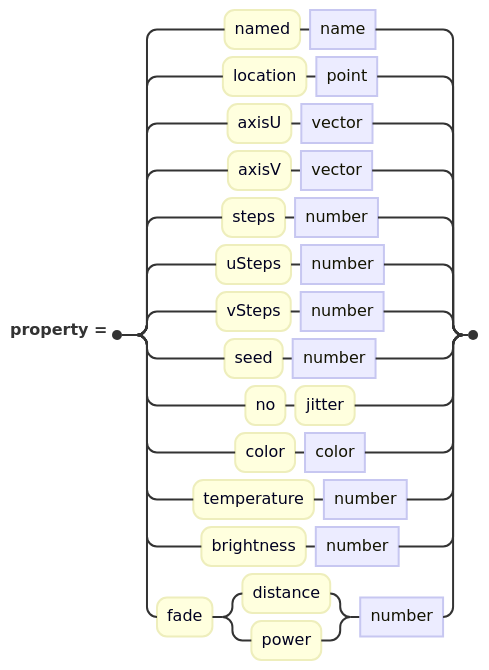
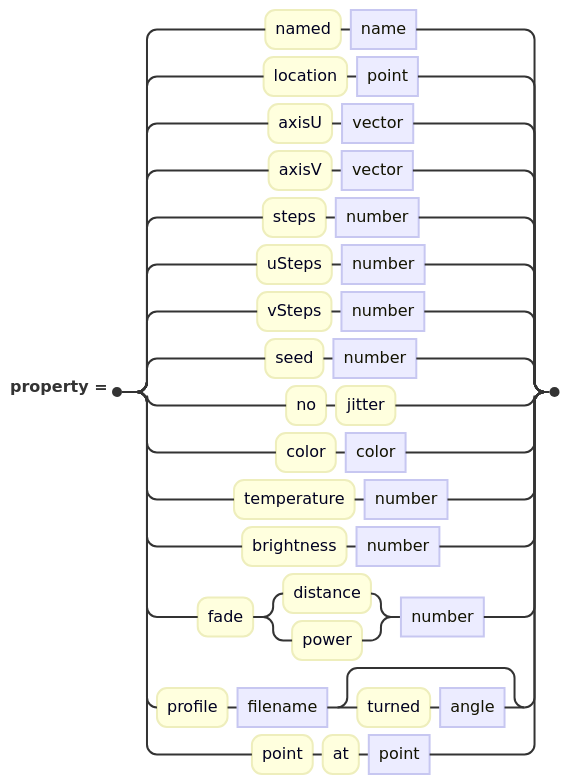
The diagram in docs/diagrams/lights/areaLight.mmd (jskress/RayTracer), drawn with Mermaid before and after one commit. The commit also changed 31 other files, not shown here.

```diff
--- a/docs/diagrams/lights/areaLight.mmd
+++ b/docs/diagrams/lights/areaLight.mmd
@@ -1,8 +1,9 @@
 railroad-ebnf-beta
 title "Area light properties"
 
 property = "named" name | "location" point | "axisU" vector | "axisV" vector
          | "steps" number | "uSteps" number | "vSteps" number
          | "seed" number | "no" "jitter"
          | "color" color | "temperature" number | "brightness" number
-         | "fade" ( "distance" | "power" ) number ;
+         | "fade" ( "distance" | "power" ) number
+         | "profile" filename [ "turned" angle ] | "point" "at" point ;
```
